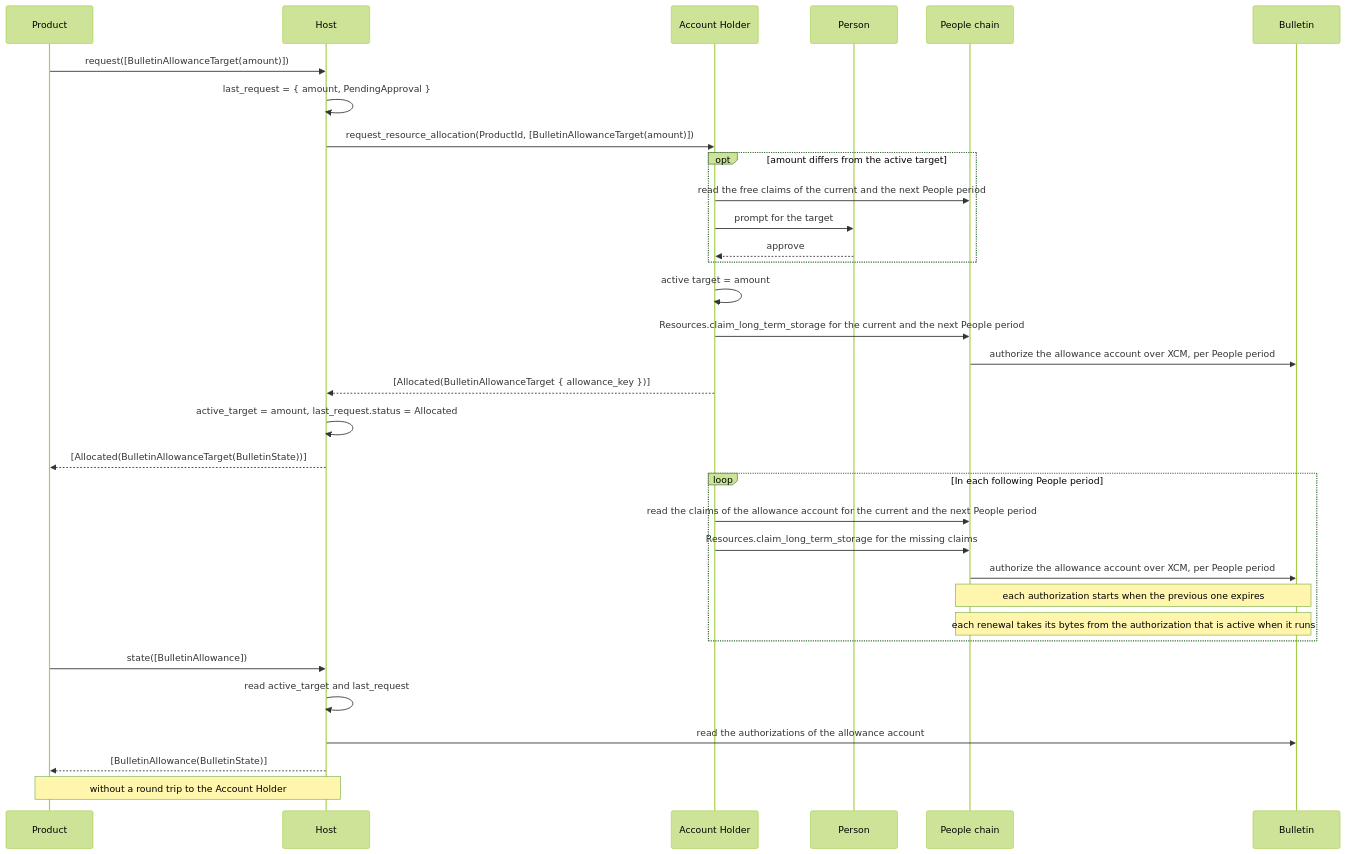
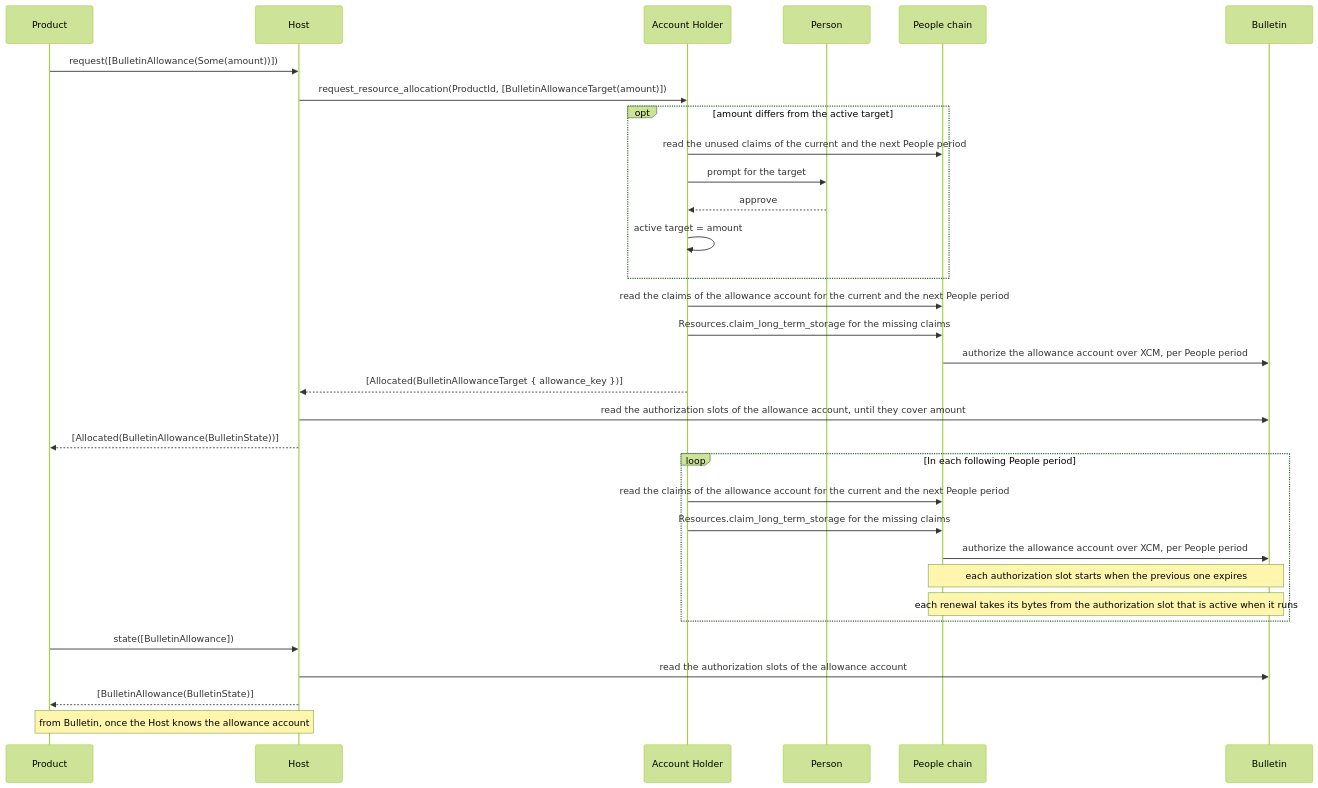
The first of 2 diagrams in docs/rfcs/bulletin-allowance-target.md (paritytech/trinity-user-agents), drawn with Mermaid (forest theme) before and after one commit. The commit also changed other lines of this file, not shown here.

````diff
--- a/docs/rfcs/bulletin-allowance-target.md
+++ b/docs/rfcs/bulletin-allowance-target.md
@@ -182,38 +210,37 @@
 ```mermaid
 sequenceDiagram
   participant P as Product
   participant H as Host
   participant A as Account Holder
   participant U as Person
   participant PC as People chain
   participant B as Bulletin
 
-  P->>H: request([BulletinAllowanceTarget(amount)])
-  H->>H: last_request = { amount, PendingApproval }
+  P->>H: request([BulletinAllowance(Some(amount))])
   H->>A: request_resource_allocation(ProductId, [BulletinAllowanceTarget(amount)])
   opt amount differs from the active target
-    A->>PC: read the free claims of the current and the next People period
+    A->>PC: read the unused claims of the current and the next People period
     A->>U: prompt for the target
     U-->>A: approve
+    A->>A: active target = amount
   end
-  A->>A: active target = amount
-  A->>PC: Resources.claim_long_term_storage for the current and the next People period
+  A->>PC: read the claims of the allowance account for the current and the next People period
+  A->>PC: Resources.claim_long_term_storage for the missing claims
   PC->>B: authorize the allowance account over XCM, per People period
   A-->>H: [Allocated(BulletinAllowanceTarget { allowance_key })]
-  H->>H: active_target = amount, last_request.status = Allocated
-  H-->>P: [Allocated(BulletinAllowanceTarget(BulletinState))]
+  H->>B: read the authorization slots of the allowance account, until they cover amount
+  H-->>P: [Allocated(BulletinAllowance(BulletinState))]
 
   loop In each following People period
     A->>PC: read the claims of the allowance account for the current and the next People period
     A->>PC: Resources.claim_long_term_storage for the missing claims
     PC->>B: authorize the allowance account over XCM, per People period
-    Note over PC,B: each authorization starts when the previous one expires
-    Note over PC,B: each renewal takes its bytes from the authorization that is active when it runs
+    Note over PC,B: each authorization slot starts when the previous one expires
+    Note over PC,B: each renewal takes its bytes from the authorization slot that is active when it runs
   end
 
   P->>H: state([BulletinAllowance])
-  H->>H: read active_target and last_request
-  H->>B: read the authorizations of the allowance account
+  H->>B: read the authorization slots of the allowance account
   H-->>P: [BulletinAllowance(BulletinState)]
-  Note over P,H: without a round trip to the Account Holder
+  Note over P,H: from Bulletin, once the Host knows the allowance account
 ```
````
